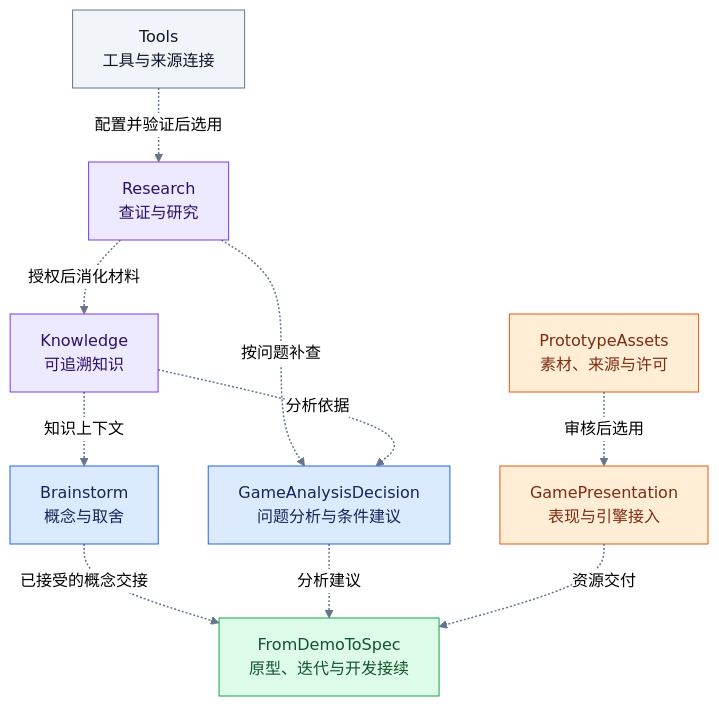
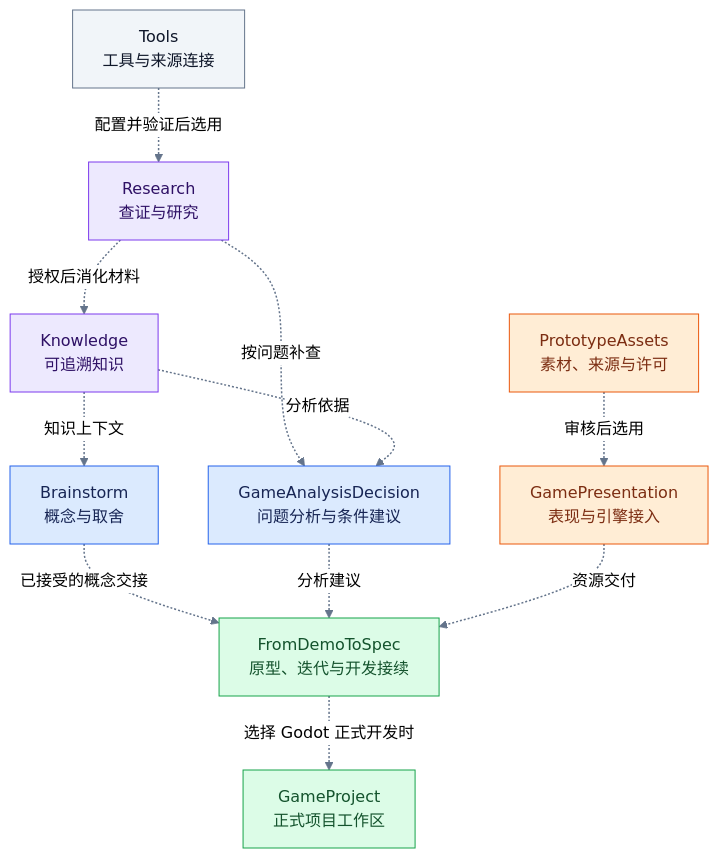
One commit to ZhongTyler/AgentWorkSpace changed the first of 2 diagrams in README.md. Above: the diagram before and after it, drawn with Mermaid (neutral theme). The commit also changed other lines of this file and 84 other files, not shown here.

First line of the commit message:
feat(release): publish optional GameProject workspace in 1.13.0

````diff
--- a/README.md
+++ b/README.md
@@ -27,28 +27,30 @@
 ```mermaid
 flowchart TB
     Tools["Tools<br/>工具与来源连接"]:::support
     Research["Research<br/>查证与研究"]:::evidence
     Knowledge["Knowledge<br/>可追溯知识"]:::evidence
     Brainstorm["Brainstorm<br/>概念与取舍"]:::work
     Analysis["GameAnalysisDecision<br/>问题分析与条件建议"]:::work
     Prototype["FromDemoToSpec<br/>原型、迭代与开发接续"]:::delivery
+    Project["GameProject<br/>正式项目工作区"]:::delivery
     Assets["PrototypeAssets<br/>素材、来源与许可"]:::assets
     Presentation["GamePresentation<br/>表现与引擎接入"]:::assets
 
     Tools -. "配置并验证后选用" .-> Research
     Research -. "授权后消化材料" .-> Knowledge
     Research -. "按问题补查" .-> Analysis
     Knowledge -. "知识上下文" .-> Brainstorm
     Knowledge -. "分析依据" .-> Analysis
     Brainstorm -. "已接受的概念交接" .-> Prototype
     Analysis -. "分析建议" .-> Prototype
     Assets -. "审核后选用" .-> Presentation
     Presentation -. "资源交付" .-> Prototype
+    Prototype -. "选择 Godot 正式开发时" .-> Project
 
     linkStyle default stroke:#64748b,stroke-width:1.5px
     classDef support fill:#f1f5f9,stroke:#64748b,color:#0f172a
     classDef evidence fill:#ede9fe,stroke:#7c3aed,color:#2e1065
     classDef work fill:#dbeafe,stroke:#2563eb,color:#172554
     classDef assets fill:#ffedd5,stroke:#ea580c,color:#7c2d12
     classDef delivery fill:#dcfce7,stroke:#16a34a,color:#14532d
 ```
````
